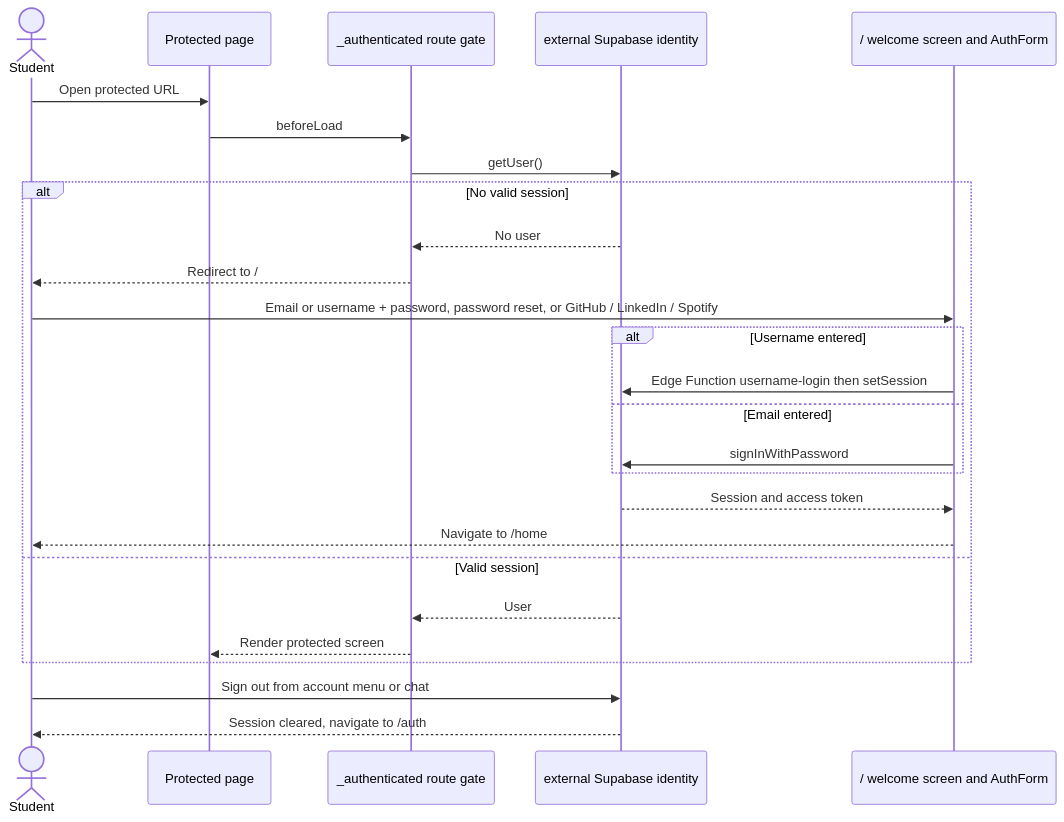
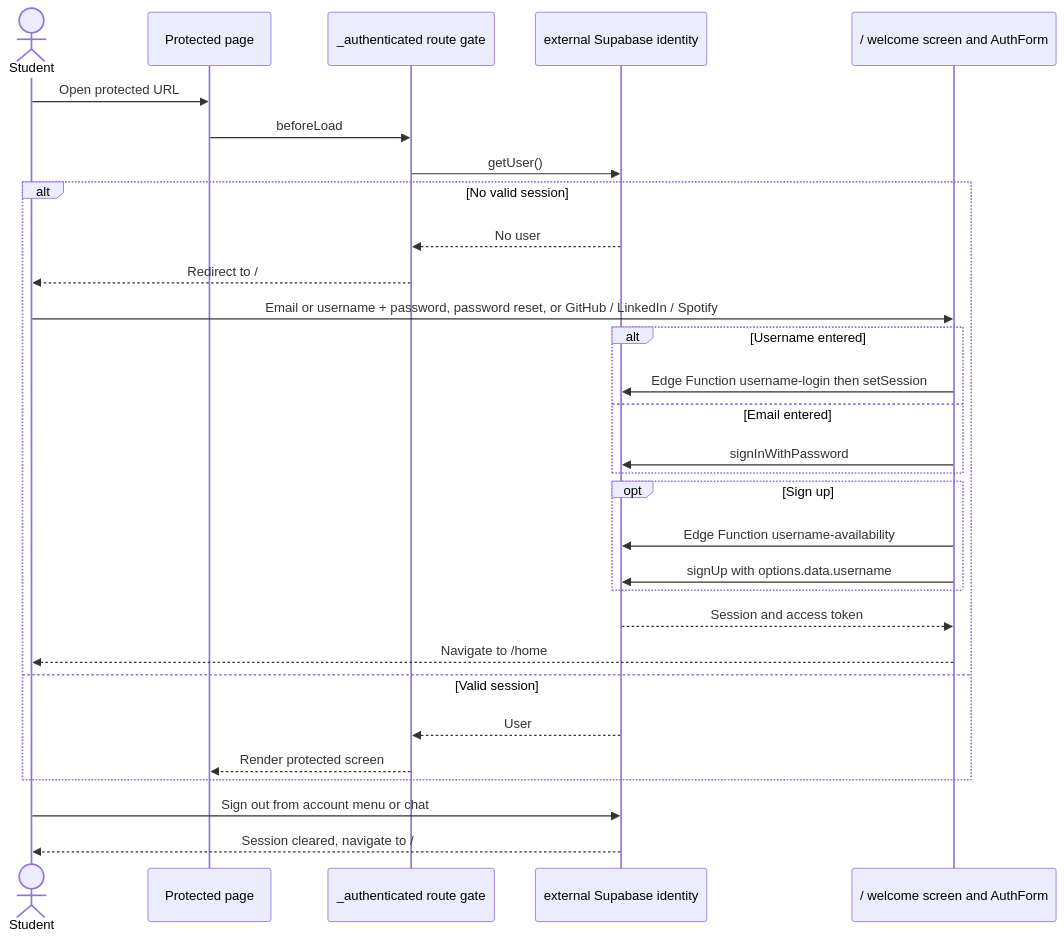
The diagram in docs/wireframes/05-authentication.mmd (keyshavmor/study-swiss-star), drawn with Mermaid before and after one commit. The commit also changed 2 other files, not shown here.

```diff
--- a/docs/wireframes/05-authentication.mmd
+++ b/docs/wireframes/05-authentication.mmd
@@ -1,26 +1,30 @@
 sequenceDiagram
   actor Student
   participant Page as Protected page
   participant Gate as _authenticated route gate
   participant Cloud as external Supabase identity
   participant Auth as / welcome screen and AuthForm
   Student->>Page: Open protected URL
   Page->>Gate: beforeLoad
   Gate->>Cloud: getUser()
   alt No valid session
     Cloud-->>Gate: No user
     Gate-->>Student: Redirect to /
     Student->>Auth: Email or username + password, password reset, or GitHub / LinkedIn / Spotify
     alt Username entered
       Auth->>Cloud: Edge Function username-login then setSession
     else Email entered
       Auth->>Cloud: signInWithPassword
     end
+    opt Sign up
+      Auth->>Cloud: Edge Function username-availability
+      Auth->>Cloud: signUp with options.data.username
+    end
     Cloud-->>Auth: Session and access token
     Auth-->>Student: Navigate to /home
   else Valid session
     Cloud-->>Gate: User
     Gate-->>Page: Render protected screen
   end
   Student->>Cloud: Sign out from account menu or chat
-  Cloud-->>Student: Session cleared, navigate to /auth
+  Cloud-->>Student: Session cleared, navigate to /
```
